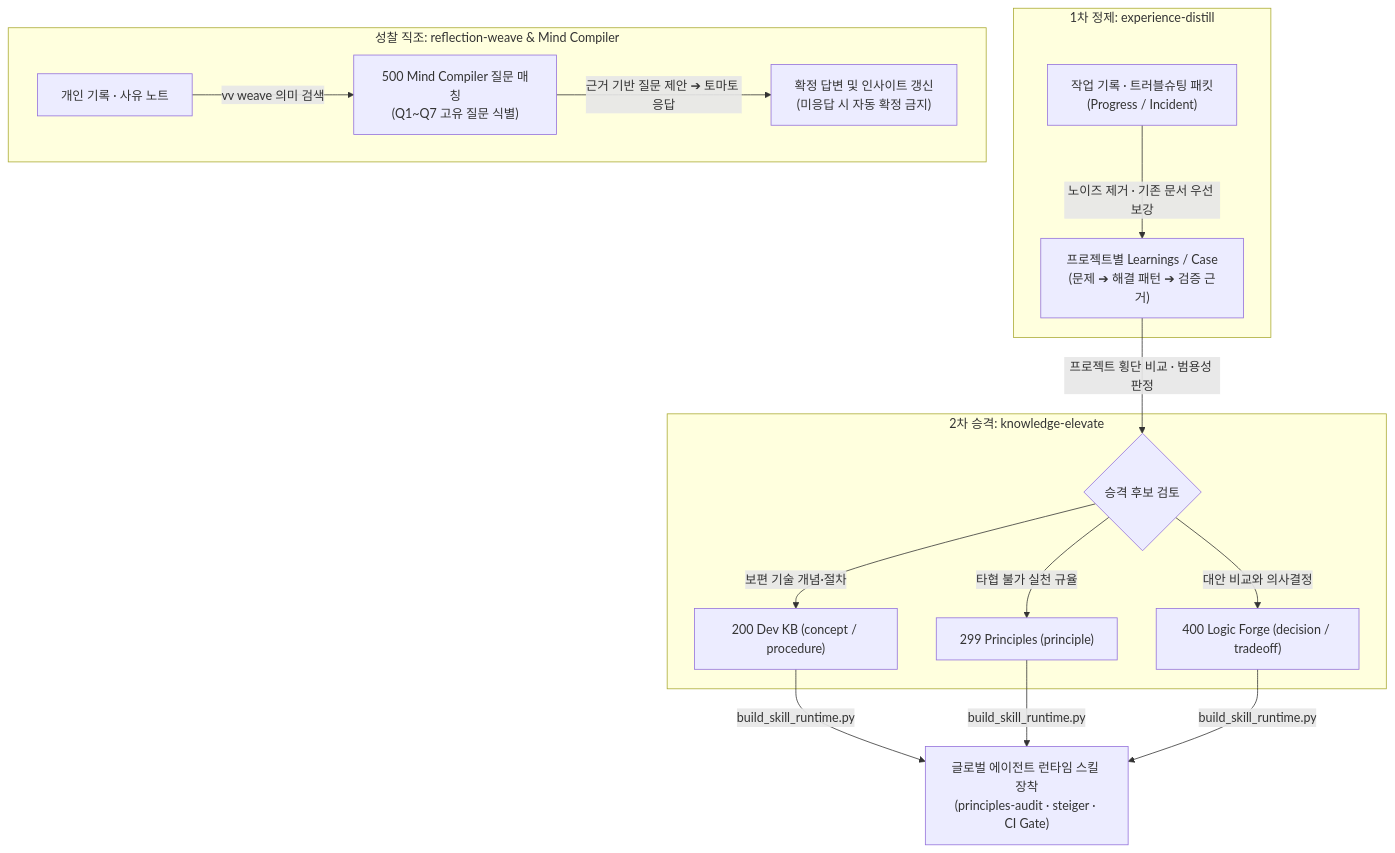
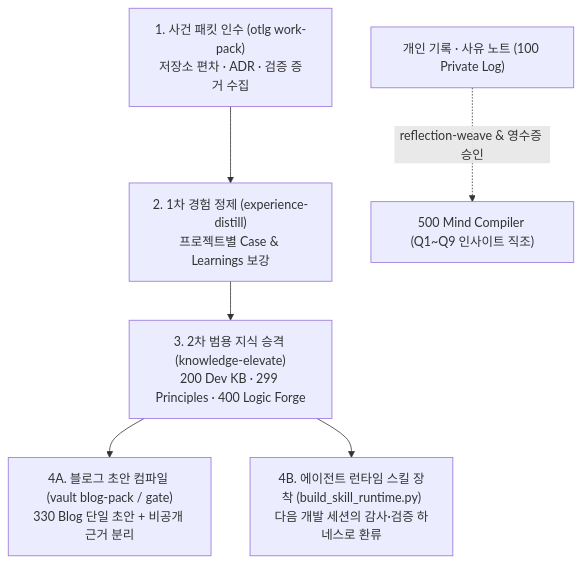
One commit to tomato-vault/tomato-vault.github.io changed the fifth of 6 diagrams in _deep_dives/ai-agent-architecture/infra-fsd-and-ecosystem.md. Above: the diagram before and after it, drawn with Mermaid. The commit also changed other lines of this file and 36 other files, not shown here.

````diff
--- a/_deep_dives/ai-agent-architecture/infra-fsd-and-ecosystem.md
+++ b/_deep_dives/ai-agent-architecture/infra-fsd-and-ecosystem.md
@@ -285,20 +293,8 @@
 ```mermaid
 flowchart TD
-    subgraph DISTILL ["1차 정제: experience-distill"]
-        RAW["작업 기록 · 트러블슈팅 패킷\n(Progress / Incident)"] -->|노이즈 제거 · 기존 문서 우선 보강| LEARN["프로젝트별 Learnings / Case\n(문제 ➔ 해결 패턴 ➔ 검증 근거)"]
-    end
-
-    subgraph ELEVATE ["2차 승격: knowledge-elevate"]
-        LEARN -->|프로젝트 횡단 비교 · 범용성 판정| GATE{"승격 후보 검토"}
-        GATE -->|보편 기술 개념·절차| KB["200 Dev KB (concept / procedure)"]
-        GATE -->|타협 불가 실천 규율| PRIN["299 Principles (principle)"]
-        GATE -->|대안 비교와 의사결정| FORGE["400 Logic Forge (decision / tradeoff)"]
-    end
-
-    subgraph WEAVE ["성찰 직조: reflection-weave & Mind Compiler"]
-        DIARY["개인 기록 · 사유 노트"] -->|vv weave 의미 검색| MC_Q["500 Mind Compiler 질문 매칭\n(Q1~Q7 고유 질문 식별)"]
-        MC_Q -->|근거 기반 질문 제안 ➔ 토마토 응답| INSIGHT["확정 답변 및 인사이트 갱신\n(미응답 시 자동 확정 금지)"]
-    end
-
-    KB & PRIN & FORGE -->|build_skill_runtime.py| SKILL["글로벌 에이전트 런타임 스킬 장착\n(principles-audit · steiger · CI Gate)"]
+    RAW["1. 사건 패킷 인수 (otlg work-pack)\n저장소 편차 · ADR · 검증 증거 수집"] --> LEARN["2. 1차 경험 정제 (experience-distill)\n프로젝트별 Case & Learnings 보강"]
+    LEARN --> ELEVATE["3. 2차 범용 지식 승격 (knowledge-elevate)\n200 Dev KB · 299 Principles · 400 Logic Forge"]
+    ELEVATE --> BLOG["4A. 블로그 초안 컴파일 (vault blog-pack / gate)\n330 Blog 단일 초안 + 비공개 근거 분리"]
+    ELEVATE --> SKILL["4B. 에이전트 런타임 스킬 장착 (build_skill_runtime.py)\n다음 개발 세션의 감사·검증 하네스로 환류"]
+    DIARY["개인 기록 · 사유 노트 (100 Private Log)"] -.->|"reflection-weave & 영수증 승인"| MIND["500 Mind Compiler (Q1~Q9 인사이트 직조)"]
 ```
````
